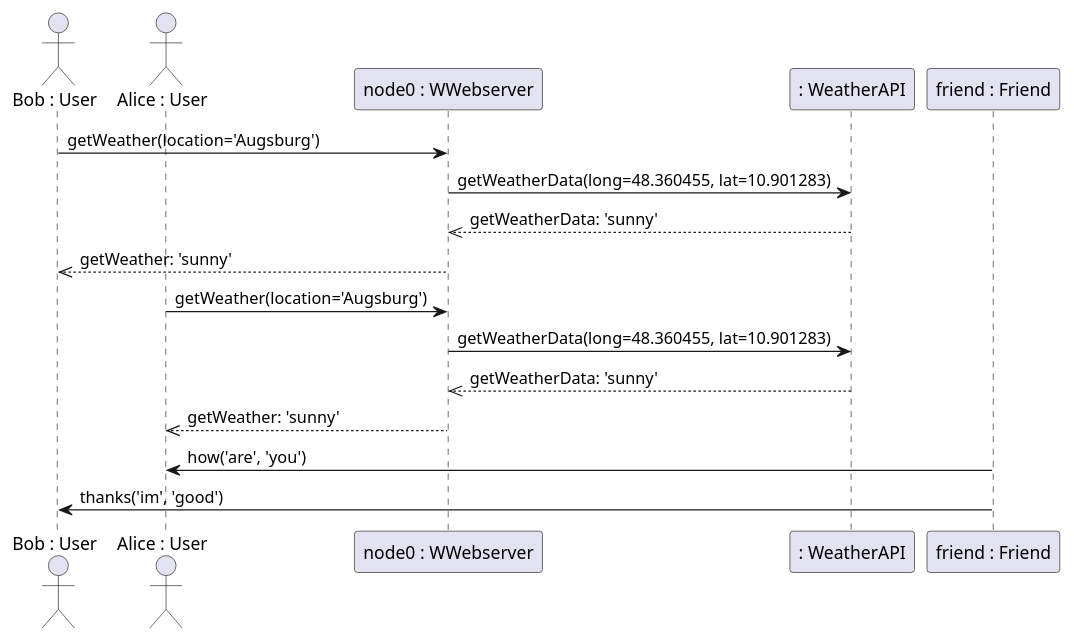
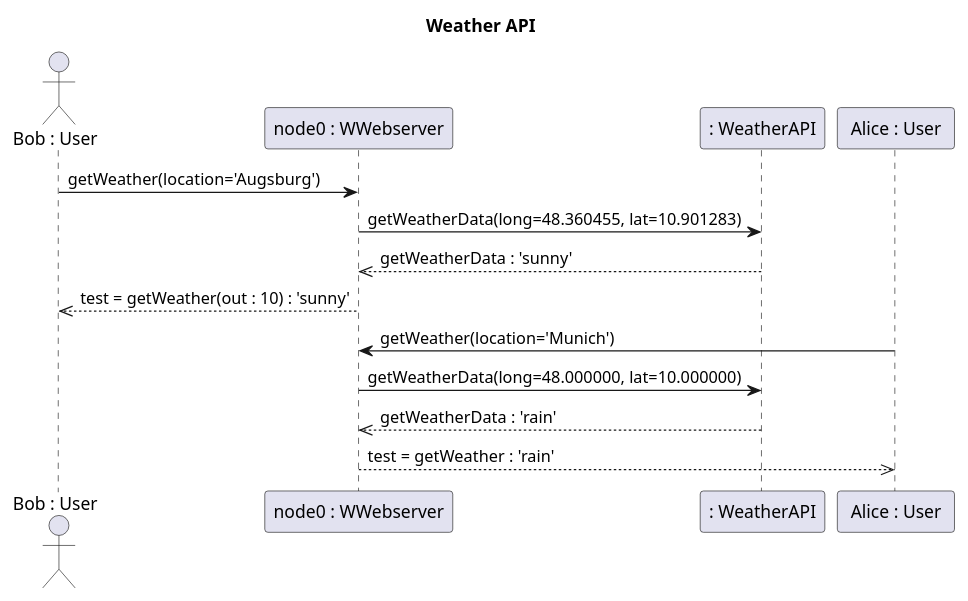
The diagram in qvto/models/example.plantuml (elite-se/mdd-puml-to-uml), drawn with PlantUML before and after one commit. The commit also changed 2 other files, not shown here.

```diff
--- a/qvto/models/example.plantuml
+++ b/qvto/models/example.plantuml
@@ -1,17 +1,20 @@
 @startuml
-actor "Bob : User" as Bob
-actor "Alice : User" as Alice
+
+title Weather API
+
+actor " Bob : User " as bob
 participant "node0 : WWebserver" as node0
-participant ": WeatherAPI" as anonymusWeatherAPI1
-participant "friend : Friend" as friend
-Bob -> node0: getWeather(location='Augsburg')
-node0 -> anonymusWeatherAPI1: getWeatherData(long=48.360455, lat=10.901283)
-node0 <<-- anonymusWeatherAPI1: getWeatherData: 'sunny'
-Bob <<-- node0: getWeather: 'sunny'
-Alice -> node0: getWeather(location='Augsburg')
-node0 -> anonymusWeatherAPI1: getWeatherData(long=48.360455, lat=10.901283)
-node0 <<-- anonymusWeatherAPI1: getWeatherData: 'sunny'
-Alice <<-- node0: getWeather: 'sunny'
-friend -> Alice : how('are', 'you')
-friend -> Bob : thanks('im', 'good')
+participant ": WeatherAPI" as weatherapi
+participant " Alice : User " as Alice
+
+bob -> node0: getWeather(location='Augsburg')
+node0 -> weatherapi: getWeatherData(long=48.360455, lat=10.901283)
+node0 <<-- weatherapi: getWeatherData : 'sunny'
+bob <<-- node0: test = getWeather(out : 10) : 'sunny'
+
+Alice -> node0: getWeather(location='Munich')
+node0 -> weatherapi: getWeatherData(long=48.000000, lat=10.000000)
+node0 <<-- weatherapi: getWeatherData : 'rain'
+Alice <<-- node0: test = getWeather : 'rain'
+
 @enduml
```
